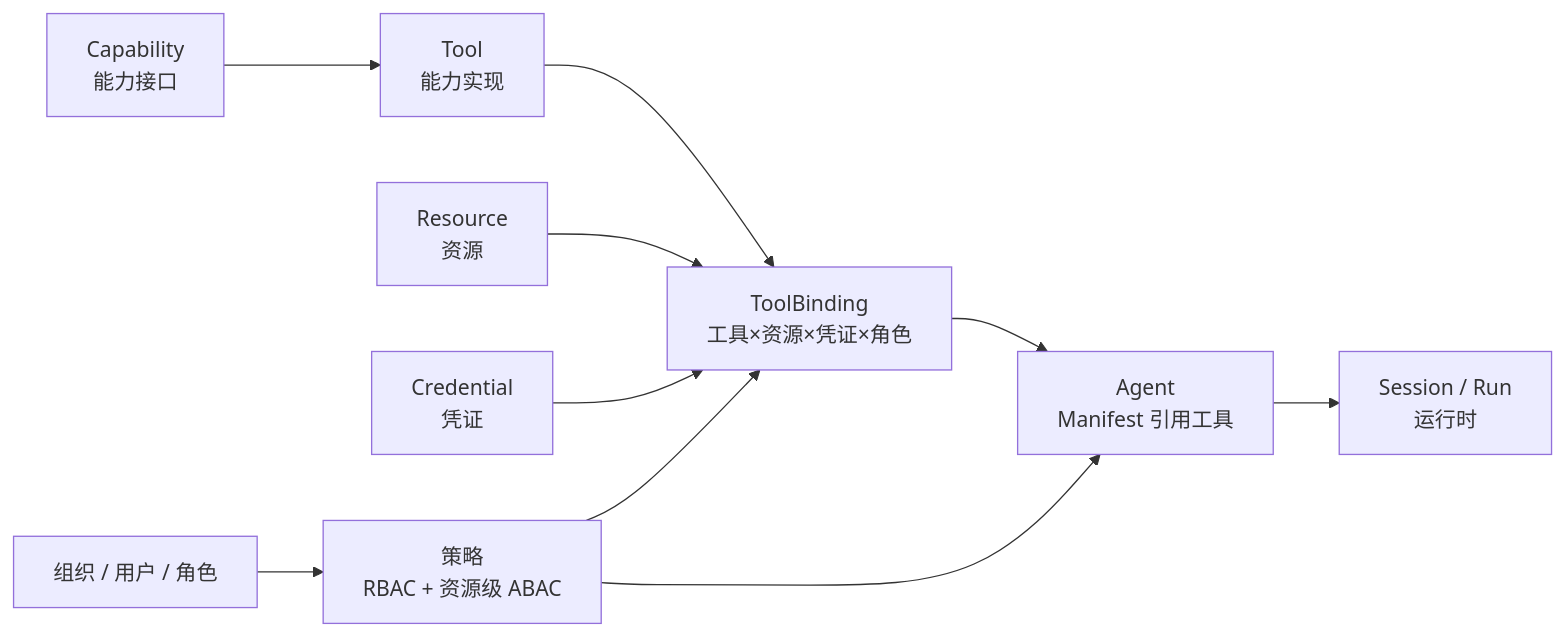
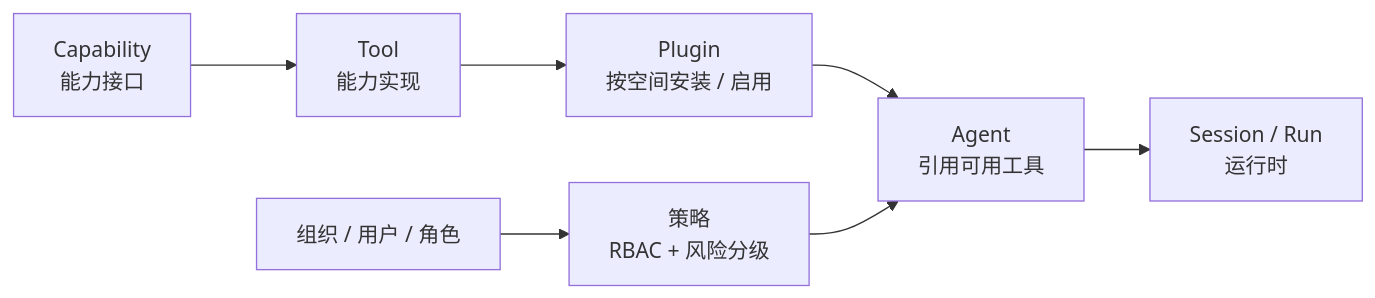
Before and after one commit to wenshin/workagent: the second of 10 diagrams in docs/技术方案.md, drawn with Mermaid. The commit also changed other lines of this file and 52 other files, not shown here.

````diff
--- a/docs/技术方案.md
+++ b/docs/技术方案.md
@@ -205,12 +204,9 @@
 ```mermaid
 flowchart LR
-    ORG["组织 / 用户 / 角色"] --> POL["策略<br/>RBAC + 资源级 ABAC"]
+    ORG["组织 / 用户 / 角色"] --> POL["策略<br/>RBAC + 风险分级"]
     CAP["Capability<br/>能力接口"] --> TOOL["Tool<br/>能力实现"]
-    TOOL --> BIND["ToolBinding<br/>工具×资源×凭证×角色"]
-    RES["Resource<br/>资源"] --> BIND
-    CRED["Credential<br/>凭证"] --> BIND
-    BIND --> AGENT["Agent<br/>Manifest 引用工具"]
+    TOOL --> PLG["Plugin<br/>按空间安装 / 启用"]
+    PLG --> AGENT["Agent<br/>引用可用工具"]
     AGENT --> SES["Session / Run<br/>运行时"]
-    POL --> BIND
     POL --> AGENT
 ```
````
